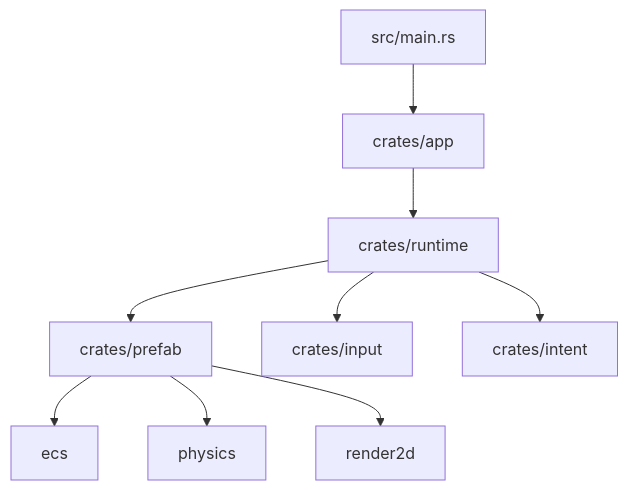
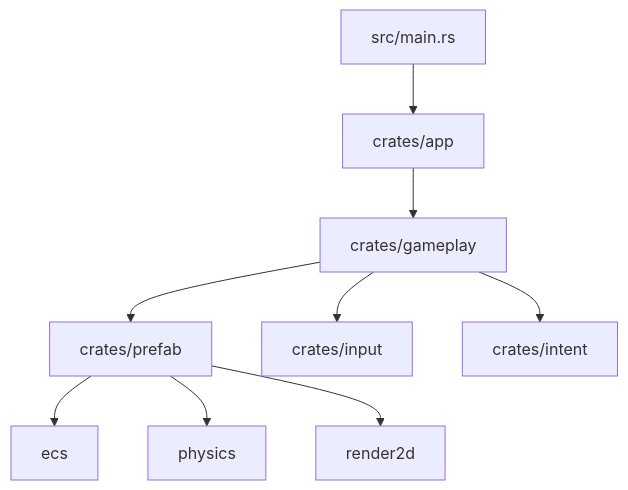
The diagram in README.md (atlas-orien/bevy-template), drawn with Mermaid before and after one commit. The commit also changed other lines of this file and 47 other files, not shown here.

Commit message:
Rename runtime to gameplay and add Bevy runtime docs

````diff
--- a/README.md
+++ b/README.md
@@ -54,14 +54,14 @@
 ```mermaid
 flowchart TD
     main["src/main.rs"] --> app["crates/app"]
 
-    app --> runtime["crates/runtime"]
+    app --> gameplay["crates/gameplay"]
 
-    runtime --> prefab["crates/prefab"]
-    runtime --> input["crates/input"]
-    runtime --> intent["crates/intent"]
+    gameplay --> prefab["crates/prefab"]
+    gameplay --> input["crates/input"]
+    gameplay --> intent["crates/intent"]
 
     prefab --> ecs
     prefab --> physics
     prefab --> render2d
 ```
````
